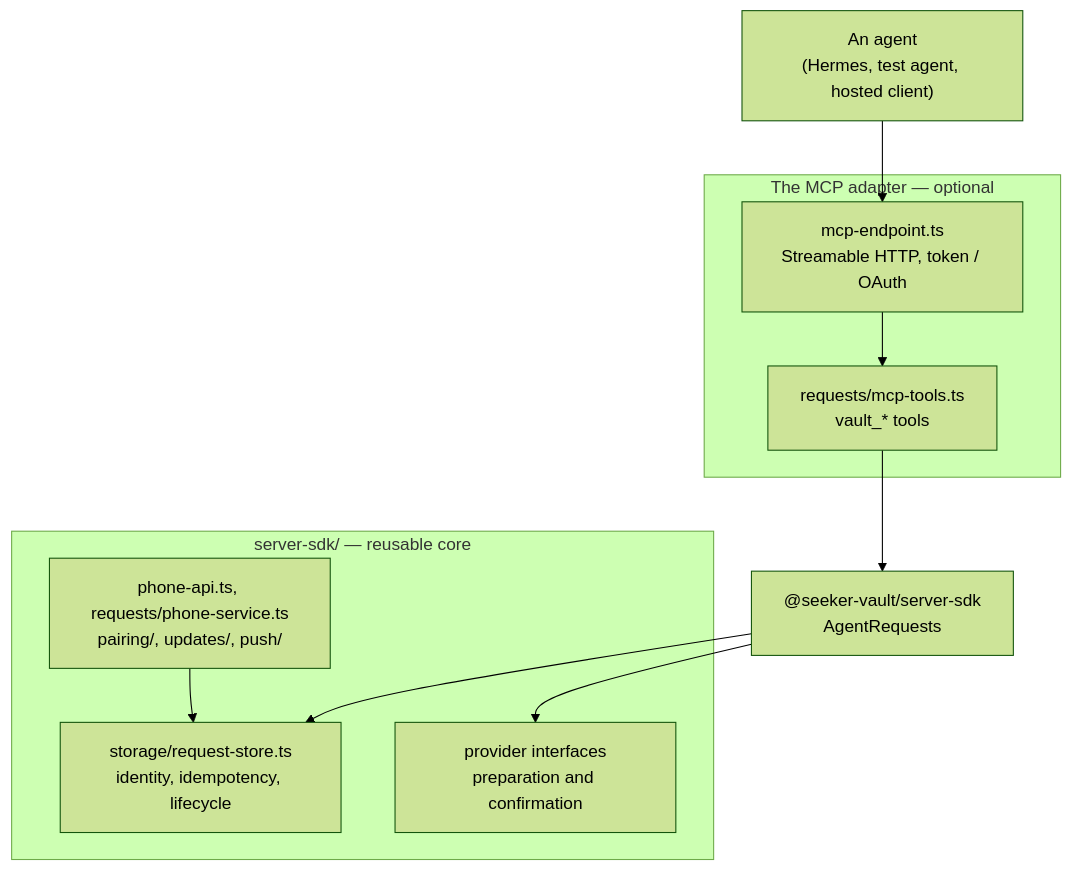
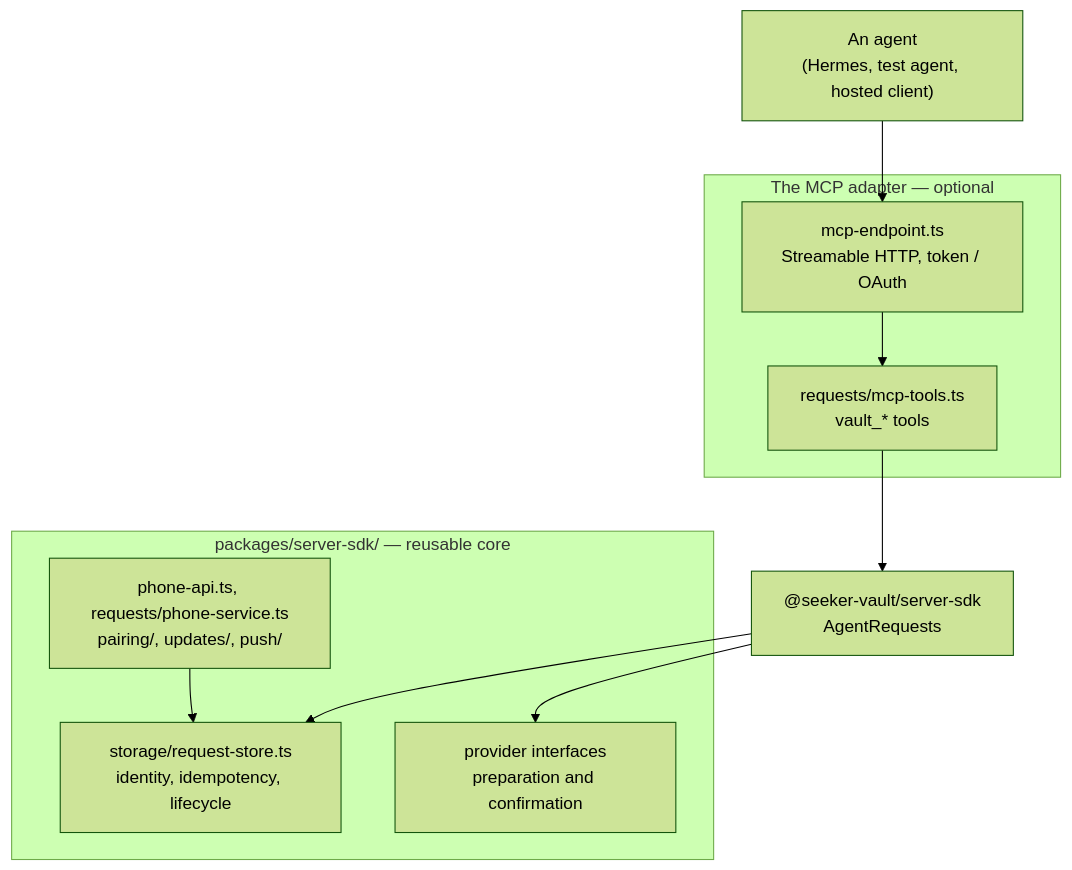
Before and after one commit to SeekerAgentConnect/sac: the diagram in docs/wiki/mcp-adapter.md, drawn with Mermaid (forest theme). The commit also changed other lines of this file and 265 other files, not shown here.

````diff
--- a/docs/wiki/mcp-adapter.md
+++ b/docs/wiki/mcp-adapter.md
@@ -27,17 +27,17 @@
 ```mermaid
 flowchart TB
     Agent["An agent<br>(Hermes, test agent, hosted client)"]
     subgraph adapter["The MCP adapter — optional"]
         Endpoint["mcp-endpoint.ts<br>Streamable HTTP, token / OAuth"]
         Tools["requests/mcp-tools.ts<br>vault_* tools"]
     end
     Boundary["@seeker-vault/server-sdk<br>AgentRequests"]
-    subgraph core["server-sdk/ — reusable core"]
+    subgraph core["packages/server-sdk/ — reusable core"]
         Store["storage/request-store.ts<br>identity, idempotency, lifecycle"]
         Phone["phone-api.ts, requests/phone-service.ts<br>pairing/, updates/, push/"]
         Chain["provider interfaces<br>preparation and confirmation"]
     end
     Agent --> Endpoint --> Tools --> Boundary --> Store
     Boundary --> Chain
     Phone --> Store
 ```
````
